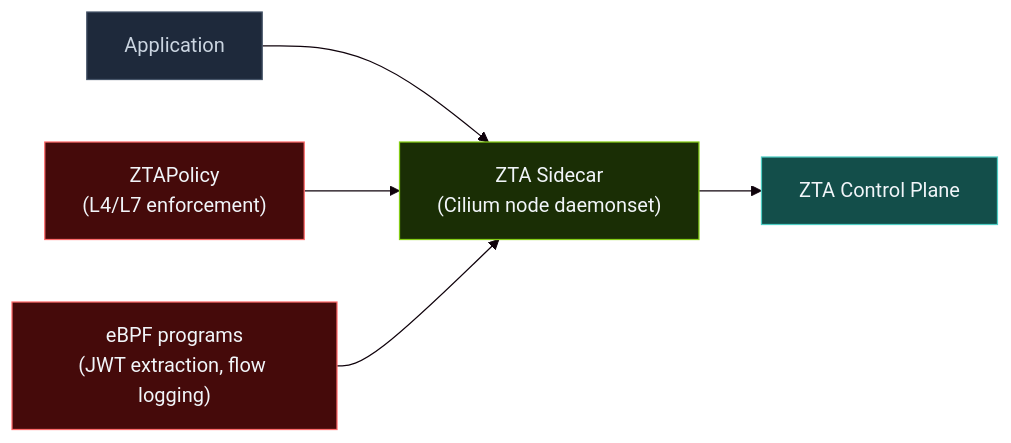
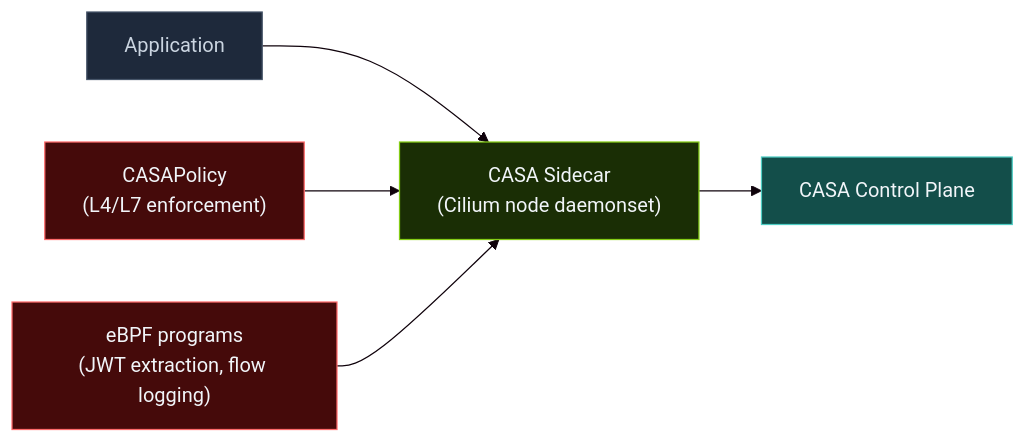
Before and after one commit to outshift-open/CASA: the diagram in docs/ui/docs/deployment-modes/cilium.md, drawn with Mermaid. The commit also changed other lines of this file and 294 other files, not shown here.

Commit message:
feat: Rename from ZTA to CASA

````diff
--- a/docs/ui/docs/deployment-modes/cilium.md
+++ b/docs/ui/docs/deployment-modes/cilium.md
@@ -19,14 +19,14 @@
 ```mermaid
 %%{init: {'theme': 'base', 'themeVariables': {'background': '#f0fdf4', 'edgeLabelBackground': '#f0fdf4'}}}%%
 graph LR
-    Application --> Sidecar["ZTA Sidecar\n(Cilium node daemonset)"]
-    Sidecar --> ZTA["ZTA Control Plane"]
-    ZTP["ZTAPolicy\n(L4/L7 enforcement)"] --> Sidecar
+    Application --> Sidecar["CASA Sidecar\n(Cilium node daemonset)"]
+    Sidecar --> CASA["CASA Control Plane"]
+    ZTP["CASAPolicy\n(L4/L7 enforcement)"] --> Sidecar
     eBPF["eBPF programs\n(JWT extraction, flow logging)"] --> Sidecar
 
     style Application fill:#1e293b,stroke:#475569,color:#cbd5e1
     style Sidecar fill:#1a2e05,stroke:#84cc16,color:#f1f5f9
-    style ZTA fill:#134e4a,stroke:#4ecdc4,color:#f1f5f9
+    style CASA fill:#134e4a,stroke:#4ecdc4,color:#f1f5f9
     style ZTP fill:#450a0a,stroke:#ff6b6b,color:#f1f5f9
     style eBPF fill:#450a0a,stroke:#ff6b6b,color:#f1f5f9
 ```
````
